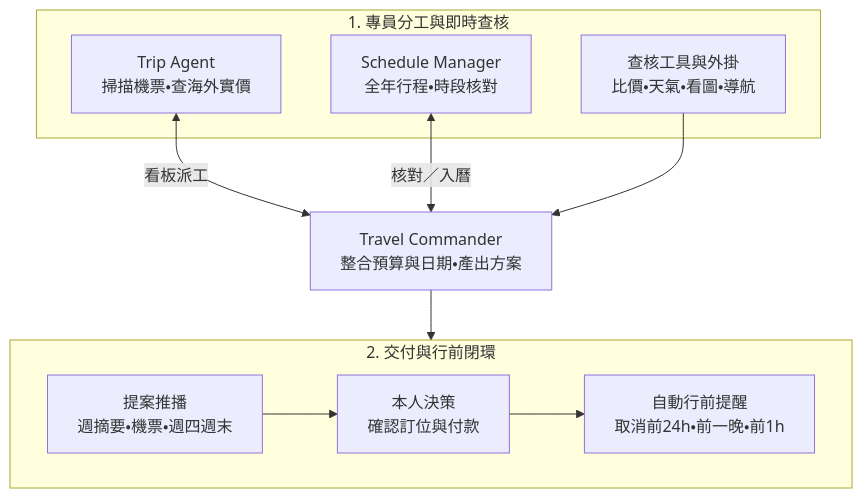
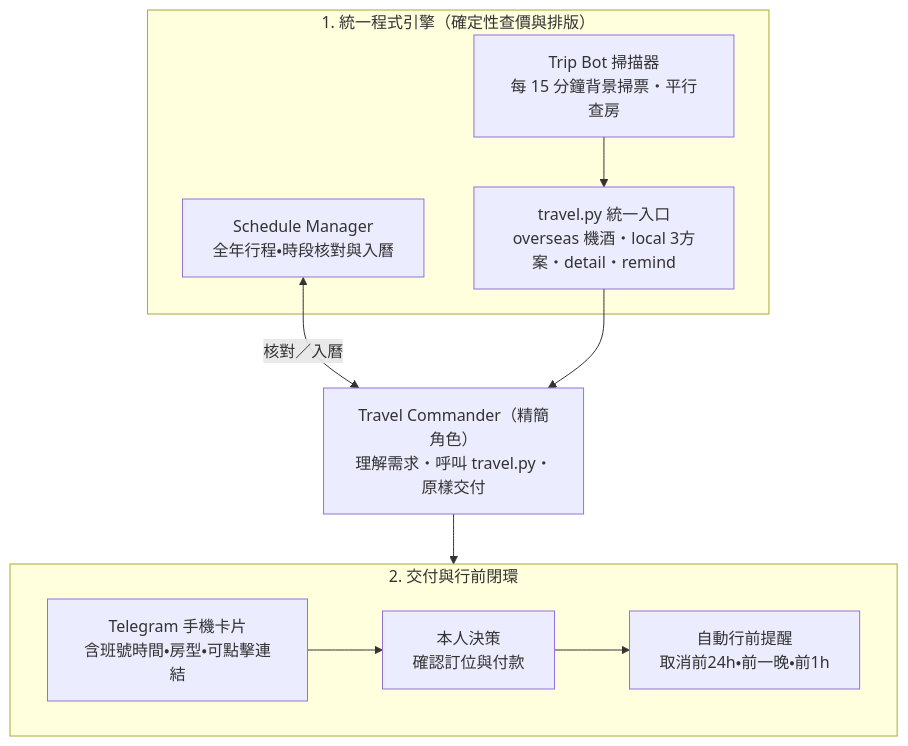
The diagram in README.md (baka2496/hermes-travel-workflow), drawn with Mermaid before and after one commit. The commit also changed other lines of this file and 17 other files, not shown here.

Commit message:
Refactor travel workflow to unified travel.py engine, slim roles, and sync-live

````diff
--- a/README.md
+++ b/README.md
@@ -5,20 +5,20 @@
 ```mermaid
 flowchart TB
-    subgraph S1["1. 專員分工與即時查核"]
-        trip["Trip Agent<br/>掃描機票・查海外實價"]
-        sched["Schedule Manager<br/>全年行程・時段核對"]
-        tools["查核工具與外掛<br/>比價・天氣・看圖・導航"]
+    subgraph S1["1. 統一程式引擎（確定性查價與排版）"]
+        engine["travel.py 統一入口<br/>overseas 機酒・local 3方案・detail・remind"]
+        scanner["Trip Bot 掃描器<br/>每 15 分鐘背景掃票・平行查房"]
+        sched["Schedule Manager<br/>全年行程・時段核對與入曆"]
     end
 
-    cmd["Travel Commander<br/>整合預算與日期・產出方案"]
+    cmd["Travel Commander（精簡角色）<br/>理解需求・呼叫 travel.py・原樣交付"]
 
     subgraph S2["2. 交付與行前閉環"]
         direction LR
-        out["提案推播<br/>週摘要・機票・週四週末"] --> owner["本人決策<br/>確認訂位與付款"] --> remind["自動行前提醒<br/>取消前24h・前一晚・前1h"]
+        out["Telegram 手機卡片<br/>含班號時間・房型・可點擊連結"] --> owner["本人決策<br/>確認訂位與付款"] --> remind["自動行前提醒<br/>取消前24h・前一晚・前1h"]
     end
 
-    trip <-->|"看板派工"| cmd
+    scanner --> engine
     sched <-->|"核對／入曆"| cmd
-    tools --> cmd
+    engine --> cmd
     cmd --> S2
 ```
````
